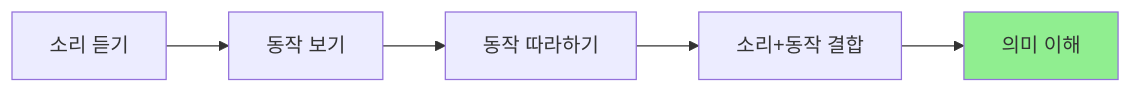
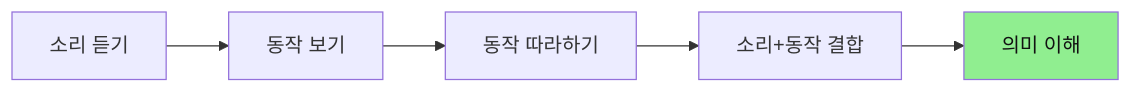
Before and after one commit to Collegenie-X/froebel: diagram 25 of 45 in 영어/(영어_중요성)_유아_영어교육_파닉스_동요_방법론.md, drawn with Mermaid. The commit also changed other lines of this file and 13 other files, not shown here.

````diff
--- a/영어/(영어_중요성)_유아_영어교육_파닉스_동요_방법론.md
+++ b/영어/(영어_중요성)_유아_영어교육_파닉스_동요_방법론.md
@@ -873,9 +873,9 @@
 ```mermaid
 flowchart LR
     A[소리 듣기] --> B[동작 보기]
     B --> C[동작 따라하기]
     C --> D[소리+동작 결합]
     D --> E[의미 이해]
     
-    style E fill:#90EE90
+    style E fill:#90EE90,color:#111
 ```
````
